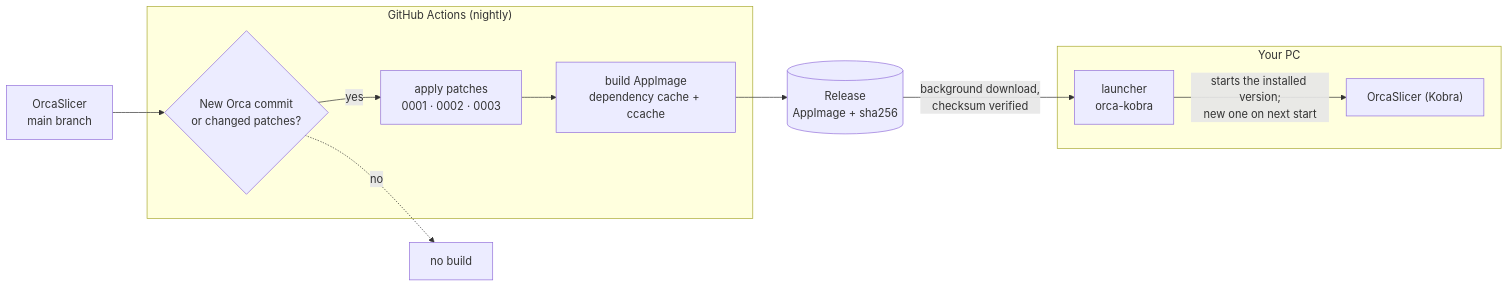
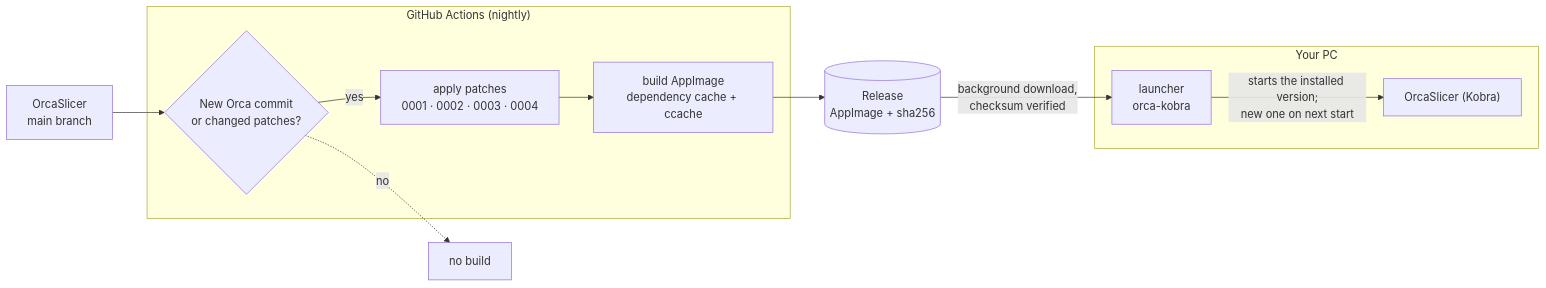
The diagram in README.md (xNoVoSx/orca-kobra), drawn with Mermaid before and after one commit. The commit also changed other lines of this file and 7 other files, not shown here.

````diff
--- a/README.md
+++ b/README.md
@@ -37,20 +38,20 @@
 ```mermaid
 flowchart LR
     UP[OrcaSlicer<br/>main branch]
     subgraph GH["GitHub Actions (nightly)"]
         CK{New Orca commit<br/>or changed patches?}
-        AP[apply patches<br/>0001 · 0002 · 0003]
+        AP[apply patches<br/>0001 · 0002 · 0003 · 0004]
         BU[build AppImage<br/>dependency cache + ccache]
     end
     RE[(Release<br/>AppImage + sha256)]
     subgraph PC["Your PC"]
         LA[launcher<br/>orca-kobra]
         OR["OrcaSlicer (Kobra)"]
     end
 
     UP --> CK
     CK -- yes --> AP --> BU --> RE
     CK -. no .-> SK[no build]
     RE -- "background download,<br/>checksum verified" --> LA
     LA -- "starts the installed version;<br/>new one on next start" --> OR
 ```
````
